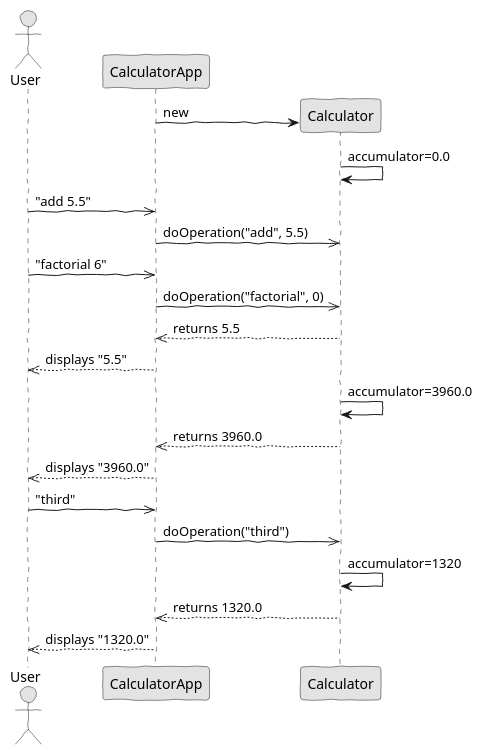
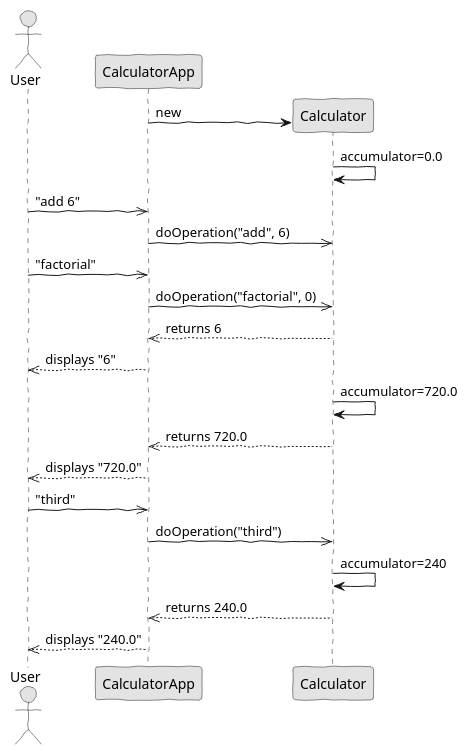
The diagram in odsoft/exercise1/calculator/src/main/puml/com/twu/calculator/sequence-diagram.puml (jorgoncalves/ISEP.ODSOFT.202122), drawn with PlantUML before and after one commit.

Commit message:
Fix sequence diagram for new implementation on factorial

```diff
--- a/odsoft/exercise1/calculator/src/main/puml/com/twu/calculator/sequence-diagram.puml
+++ b/odsoft/exercise1/calculator/src/main/puml/com/twu/calculator/sequence-diagram.puml
@@ -1,32 +1,32 @@
 @startuml
 skinparam handwritten true
 skinparam monochrome true
 skinparam packageStyle rect
 skinparam defaultFontName FG Virgil
 skinparam shadowing false
 
 actor User
 participant CalculatorApp
 participant Calculator
 
 create Calculator
 CalculatorApp -> Calculator : new
 Calculator -> Calculator : accumulator=0.0
 
-User ->> CalculatorApp : "add 5.5"
-CalculatorApp ->> Calculator : doOperation("add", 5.5)
-User ->> CalculatorApp : "factorial 6"
+User ->> CalculatorApp : "add 6"
+CalculatorApp ->> Calculator : doOperation("add", 6)
+User ->> CalculatorApp : "factorial"
 CalculatorApp ->> Calculator : doOperation("factorial", 0)
-CalculatorApp <<-- Calculator : returns 5.5
-User <<-- CalculatorApp : displays "5.5"
+CalculatorApp <<-- Calculator : returns 6
+User <<-- CalculatorApp : displays "6"
 
-Calculator -> Calculator : accumulator=3960.0
-CalculatorApp <<-- Calculator : returns 3960.0
-User <<-- CalculatorApp : displays "3960.0"
+Calculator -> Calculator : accumulator=720.0
+CalculatorApp <<-- Calculator : returns 720.0
+User <<-- CalculatorApp : displays "720.0"
 
 User ->> CalculatorApp : "third"
 CalculatorApp ->> Calculator : doOperation("third")
-Calculator -> Calculator : accumulator=1320
-CalculatorApp <<-- Calculator : returns 1320.0
-User <<-- CalculatorApp : displays "1320.0"
+Calculator -> Calculator : accumulator=240
+CalculatorApp <<-- Calculator : returns 240.0
+User <<-- CalculatorApp : displays "240.0"
 @enduml
```
